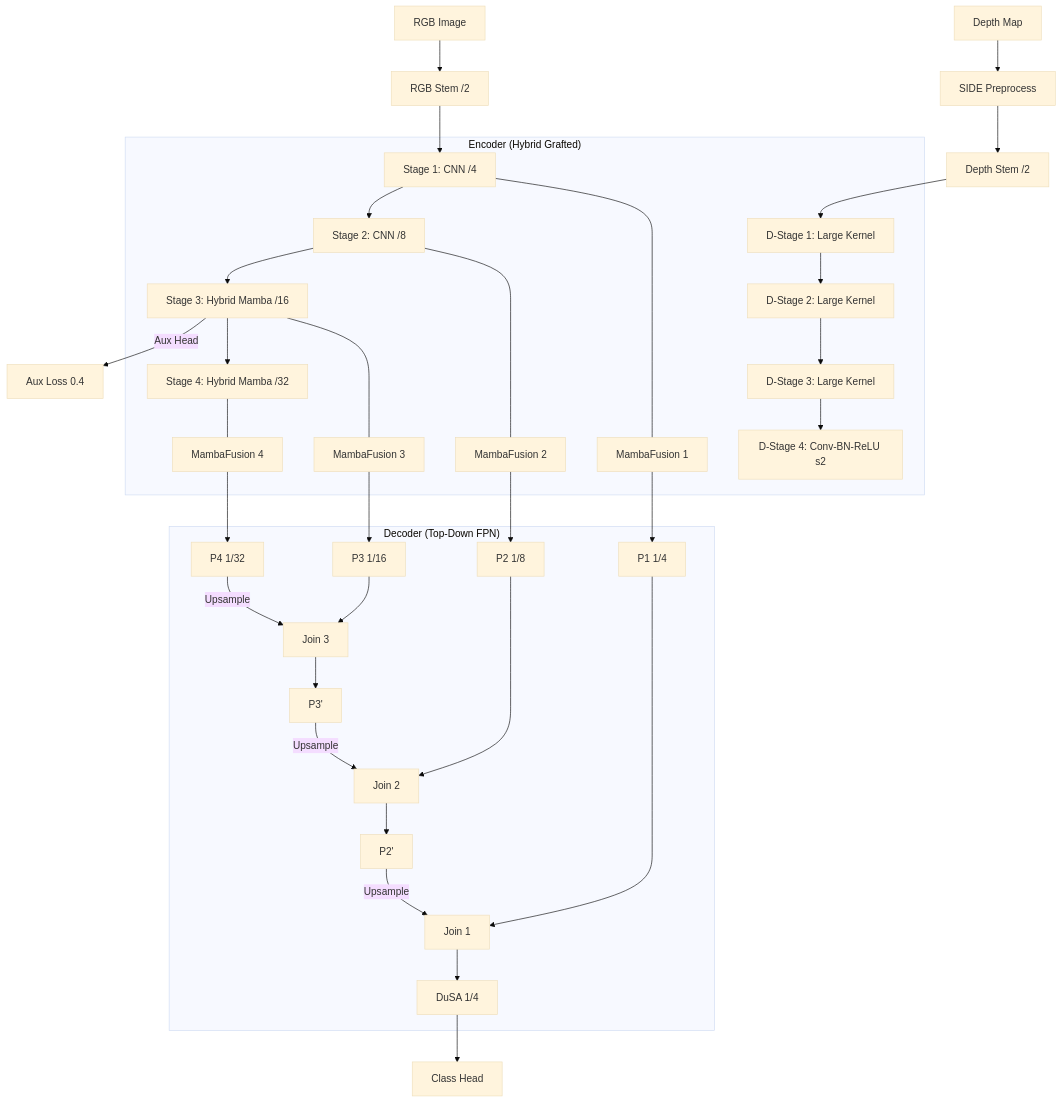
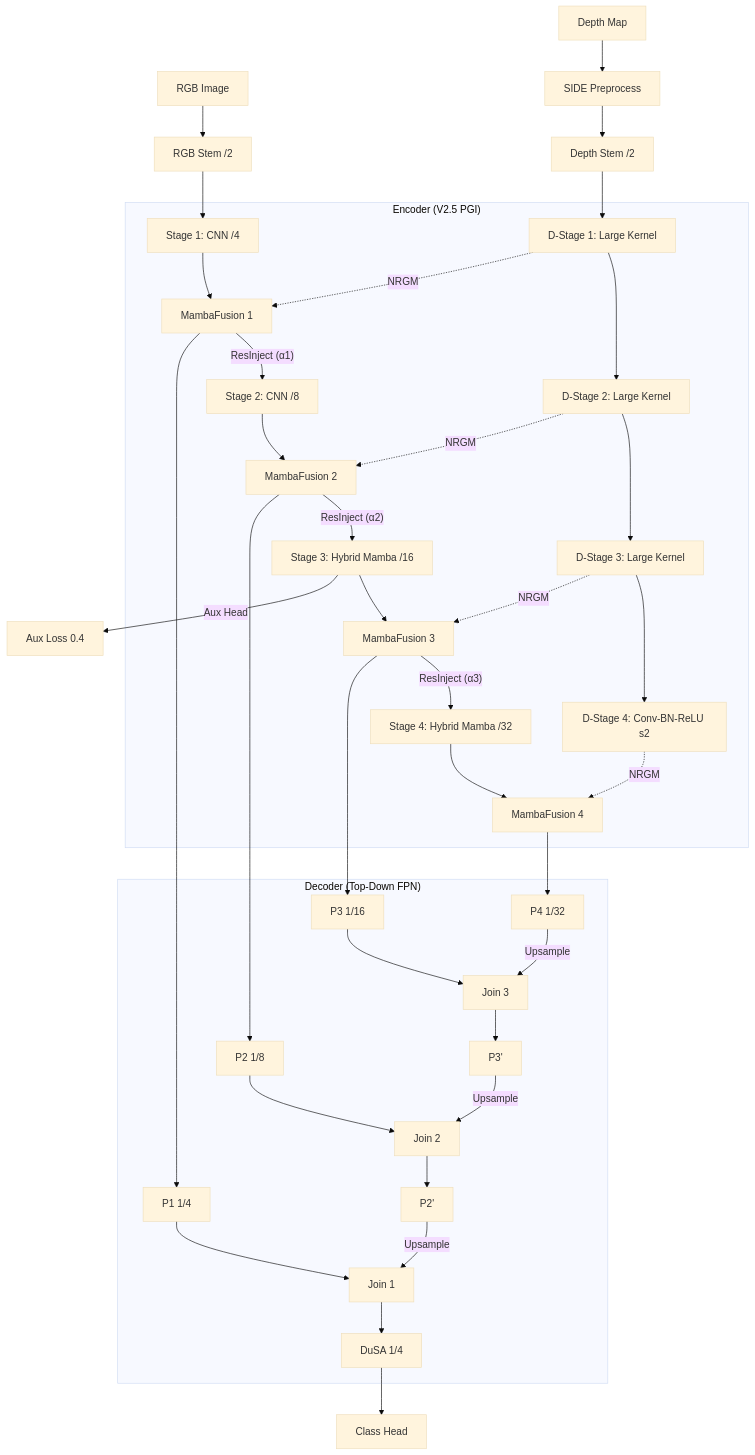
One commit to y0ngyan/HyD-Mamba changed the diagram in docs/ARCHITECTURE.md. Above: the diagram before and after it, drawn with Mermaid (base theme). The commit also changed other lines of this file and 9 other files, not shown here.

````diff
--- a/docs/ARCHITECTURE.md
+++ b/docs/ARCHITECTURE.md
@@ -20,38 +18,47 @@
 ```mermaid
 graph TD
     RGB[RGB Image] --> RGB_Stem[RGB Stem /2]
     Depth[Depth Map] --> SIDE[SIDE Preprocess]
     SIDE --> Depth_Stem[Depth Stem /2]
 
-    subgraph "Encoder (Hybrid Grafted)"
-        S1[Stage 1: CNN /4] --- F1[MambaFusion 1]
-        S2[Stage 2: CNN /8] --- F2[MambaFusion 2]
-        S3[Stage 3: Hybrid Mamba /16] --- F3[MambaFusion 3]
-        S4[Stage 4: Hybrid Mamba /32] --- F4[MambaFusion 4]
+    subgraph "Encoder (V2.5 PGI)"
+        S1[Stage 1: CNN /4] --> F1[MambaFusion 1]
+        S2[Stage 2: CNN /8] --> F2[MambaFusion 2]
+        S3[Stage 3: Hybrid Mamba /16] --> F3[MambaFusion 3]
+        S4[Stage 4: Hybrid Mamba /32] --> F4[MambaFusion 4]
         
         DS1[D-Stage 1: Large Kernel]
         DS2[D-Stage 2: Large Kernel]
         DS3[D-Stage 3: Large Kernel]
         DS4["D-Stage 4: Conv-BN-ReLU s2"]
+
+        F1 -- "ResInject (α1)" --> S2
+        F2 -- "ResInject (α2)" --> S3
+        F3 -- "ResInject (α3)" --> S4
     end
 
-    RGB_Stem --> S1 --> S2 --> S3 --> S4
+    RGB_Stem --> S1
     Depth_Stem --> DS1 --> DS2 --> DS3 --> DS4
+
+    DS1 -. NRGM .-> F1
+    DS2 -. NRGM .-> F2
+    DS3 -. NRGM .-> F3
+    DS4 -. NRGM .-> F4
 
     subgraph "Decoder (Top-Down FPN)"
         F4 --> P4[P4 1/32]
         F3 --> P3[P3 1/16]
         F2 --> P2[P2 1/8]
         F1 --> P1[P1 1/4]
         
         P4 -- Upsample --> Join3[Join 3]
         P3 --> Join3 --> P3_Refined[P3']
         P3_Refined -- Upsample --> Join2[Join 2]
         P2 --> Join2 --> P2_Refined[P2']
         P2_Refined -- Upsample --> Join1[Join 1]
         P1 --> Join1 --> DuSA[DuSA 1/4]
     end
 
     S3 -- "Aux Head" --> AuxLoss[Aux Loss 0.4]
     DuSA --> Head[Class Head]
 ```
````
